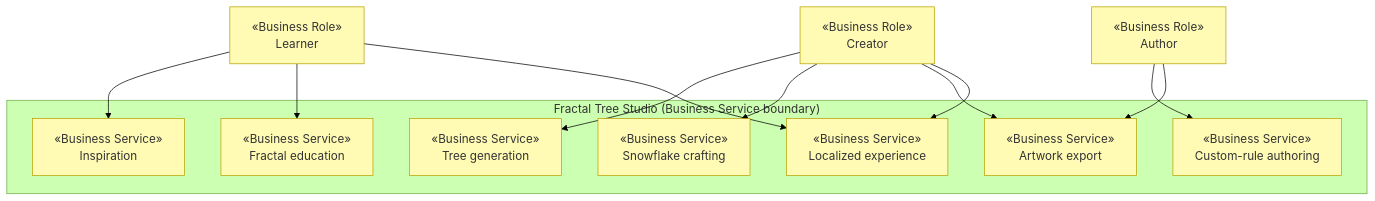
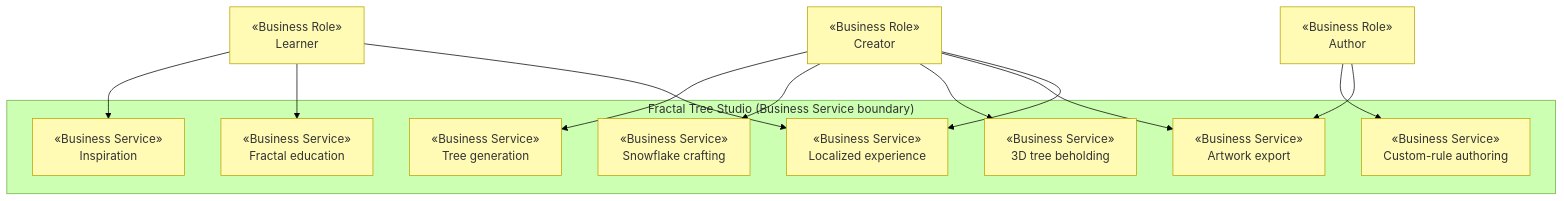
The diagram in docs/ea/2_business/2_business-services.md (roanboc/fractal-tree-generator), drawn with Mermaid (forest theme) before and after one commit. The commit also changed other lines of this file and 42 other files, not shown here.

````diff
--- a/docs/ea/2_business/2_business-services.md
+++ b/docs/ea/2_business/2_business-services.md
@@ -21,28 +22,30 @@
 ```mermaid
 flowchart TB
   subgraph SB["Fractal Tree Studio (Business Service boundary)"]
     inspire["«Business Service»<br>Inspiration"]:::business
     educate["«Business Service»<br>Fractal education"]:::business
     tree["«Business Service»<br>Tree generation"]:::business
     snow["«Business Service»<br>Snowflake crafting"]:::business
     author["«Business Service»<br>Custom-rule authoring"]:::business
+    behold["«Business Service»<br>3D tree beholding"]:::business
     export["«Business Service»<br>Artwork export"]:::business
     l10n["«Business Service»<br>Localized experience"]:::business
   end
 
   learner["«Business Role»<br>Learner"]:::business
   creator["«Business Role»<br>Creator"]:::business
   authorR["«Business Role»<br>Author"]:::business
 
   learner --> inspire
   learner --> educate
   creator --> tree
   creator --> snow
+  creator --> behold
   authorR --> author
   creator --> export
   authorR --> export
   learner --> l10n
   creator --> l10n
 
   classDef business fill:#fffbb5,stroke:#b8a200,color:#333
 ```
````
